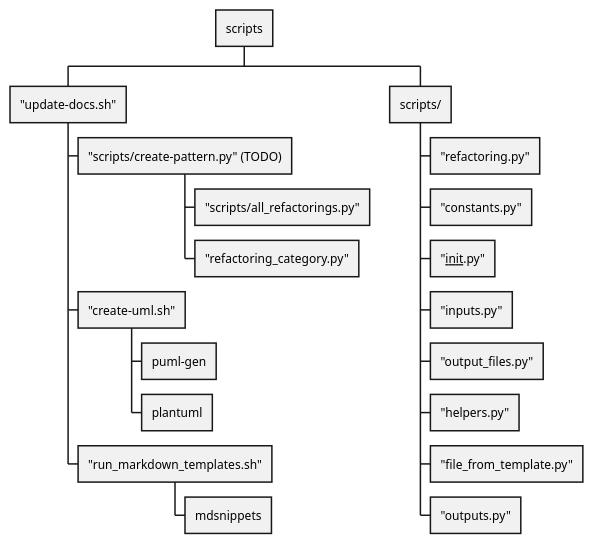
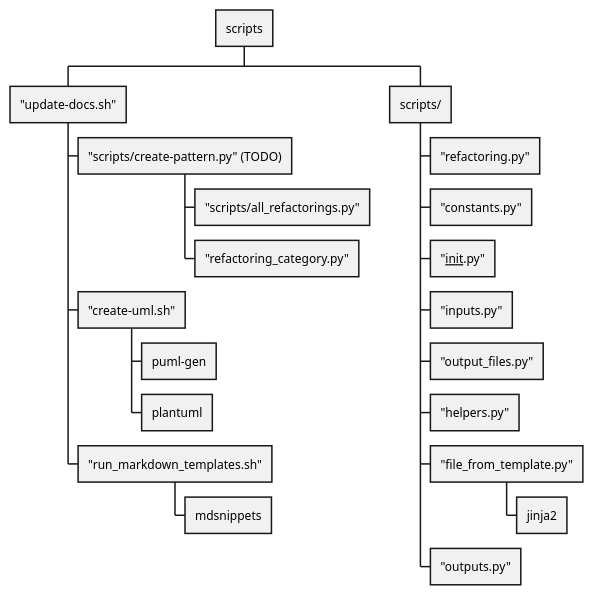
The diagram in uml/Scripts/Scripts.puml (claremacrae/RefactoringSamples), drawn with PlantUML before and after one commit.

Commit message:
Document what "file_from_template.py" calls

```diff
--- a/uml/Scripts/Scripts.puml
+++ b/uml/Scripts/Scripts.puml
@@ -1,23 +1,24 @@
 @startwbs
 
 * scripts
 ** "update-docs.sh"
 *** "scripts/create-pattern.py" (TODO)
 **** "scripts/all_refactorings.py"
 **** "refactoring_category.py"
 *** "create-uml.sh"
 **** puml-gen
 **** plantuml
 *** "run_markdown_templates.sh"
 **** mdsnippets
 ** scripts/
 *** "refactoring.py"
 *** "constants.py"
 *** "__init__.py"
 *** "inputs.py"
 *** "output_files.py"
 *** "helpers.py"
 *** "file_from_template.py"
+**** jinja2
 *** "outputs.py"
 
 @endwbs
```
